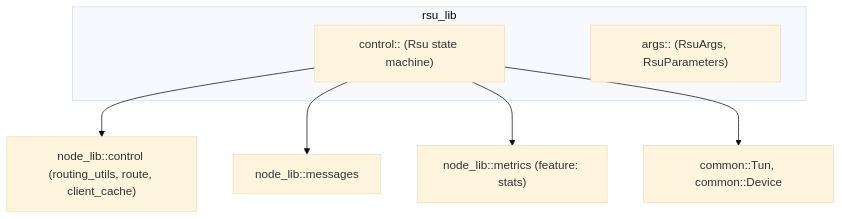
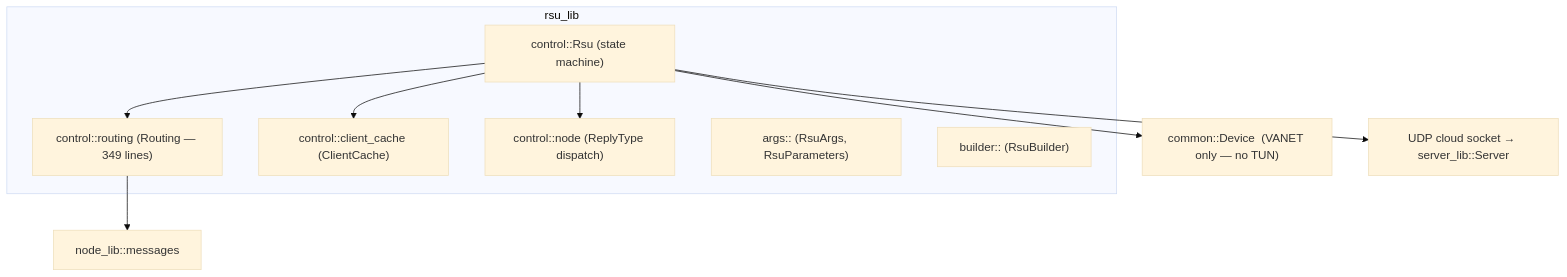
The diagram in rsu_lib/ARCHITECTURE.md (GomesGoncalo/vigilant-parakeet), drawn with Mermaid (base theme) before and after one commit. The commit also changed other lines of this file and 6 other files, not shown here.

````diff
--- a/rsu_lib/ARCHITECTURE.md
+++ b/rsu_lib/ARCHITECTURE.md
@@ -5,12 +5,18 @@
 ```mermaid
 flowchart TB
   subgraph rsu_lib
-    RS["control:: (Rsu state machine)"]
+    RS["control::Rsu (state machine)"]
+    RO["control::routing (Routing — 349 lines)"]
+    CC["control::client_cache (ClientCache)"]
+    NO["control::node (ReplyType dispatch)"]
     AR["args:: (RsuArgs, RsuParameters)"]
+    BU["builder:: (RsuBuilder)"]
   end
 
-  RS --> NL["node_lib::control (routing_utils, route, client_cache)"]
-  RS --> MS["node_lib::messages"]
-  RS --> MET["node_lib::metrics (feature: stats)"]
-  RS --> CMN["common::Tun, common::Device"]
+  RS --> RO
+  RS --> CC
+  RS --> NO
+  RO --> NL["node_lib::messages"]
+  RS --> CMN["common::Device  (VANET only — no TUN)"]
+  RS --> UDP["UDP cloud socket → server_lib::Server"]
 ```
````
